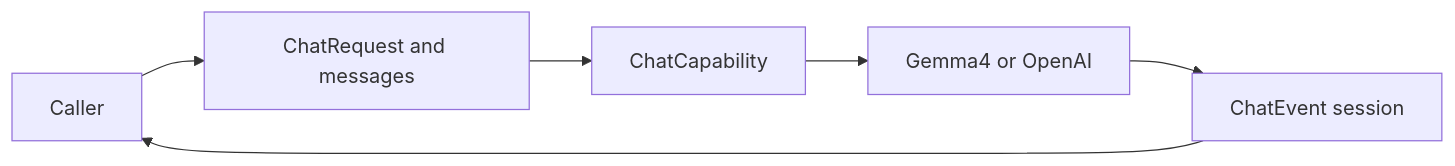
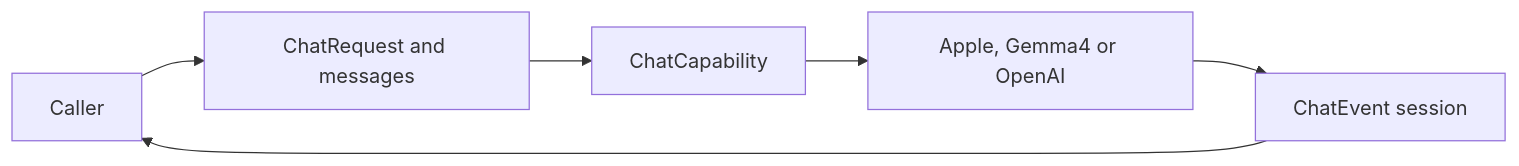
One commit to devilyouwei/MobileHarness changed the diagram in MobileHarness/ModelKit/Language/LLM/README.md. Above: the diagram before and after it, drawn with Mermaid. The commit also changed other lines of this file and 19 other files, not shown here.

````diff
--- a/MobileHarness/ModelKit/Language/LLM/README.md
+++ b/MobileHarness/ModelKit/Language/LLM/README.md
@@ -15,8 +15,8 @@
 ```mermaid
 flowchart LR
  Caller --> Request[ChatRequest and messages]
  Request --> Capability[ChatCapability]
- Capability --> Adapter[Gemma4 or OpenAI]
+ Capability --> Adapter[Apple, Gemma4 or OpenAI]
  Adapter --> Events[ChatEvent session]
  Events --> Caller
 ```
````
